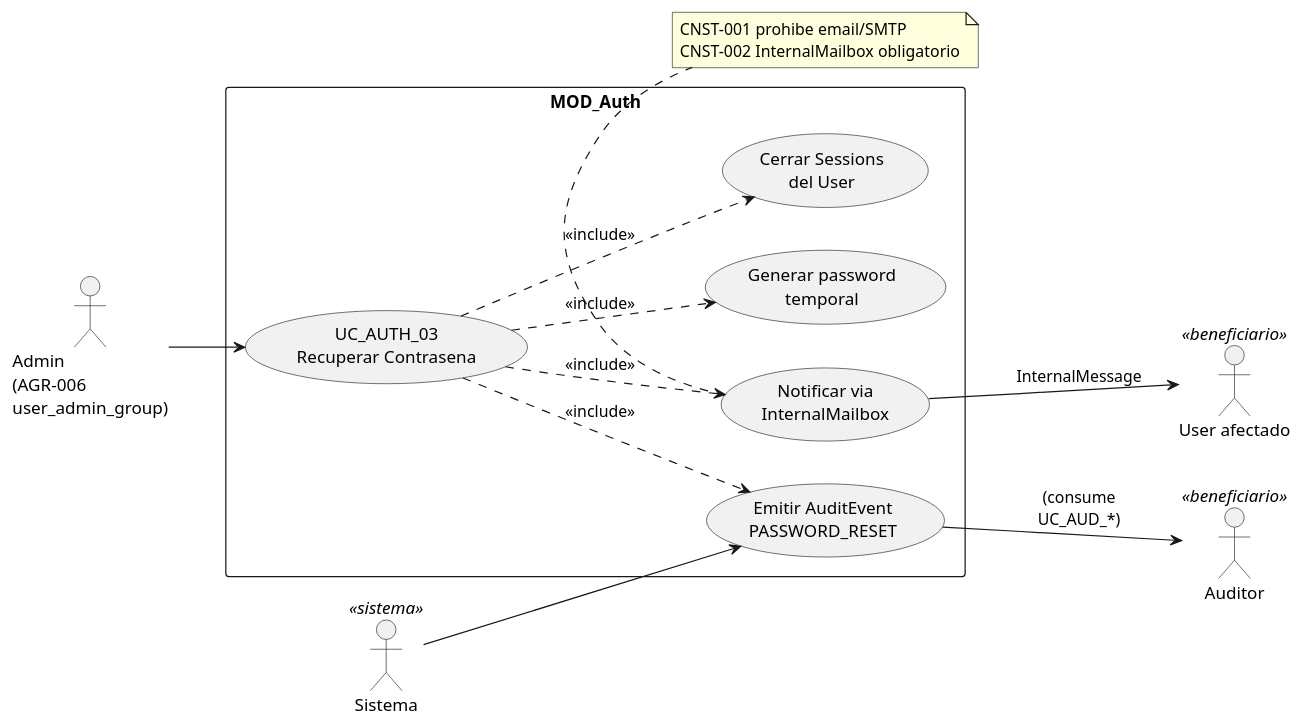
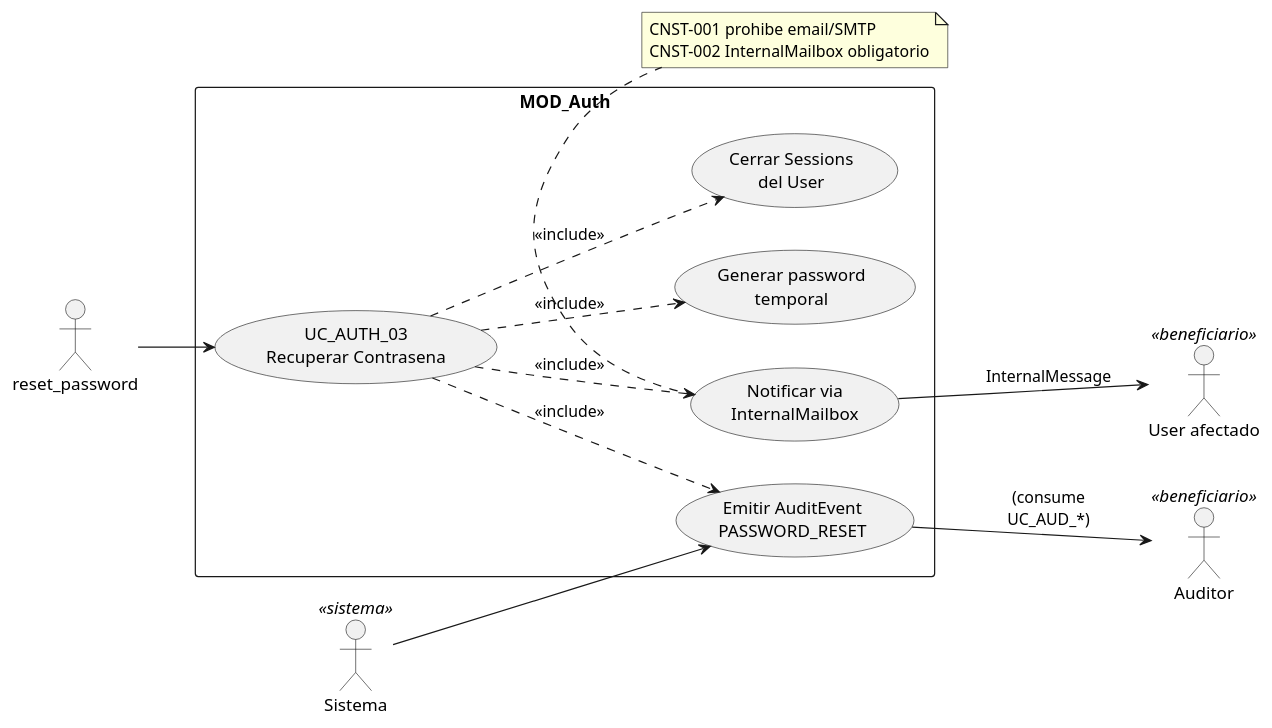
Before and after one commit to jcg-admin/IACT-docs: the first of 4 diagrams in source/requisitos/casos-uso/auth/uc-auth-03/diagramas-uml.rst, drawn with PlantUML. The commit also changed 77 other files, not shown here.

First line of the commit message:
Enforce RBAC function names as actors in all UML diagrams

```diff
--- a/source/requisitos/casos-uso/auth/uc-auth-03/diagramas-uml.rst
+++ b/source/requisitos/casos-uso/auth/uc-auth-03/diagramas-uml.rst
@@ -10,35 +10,35 @@
 .. uml::
  :caption: UC_AUTH_03 — actores y casos asociados
 
  @startuml
 
  left to right direction
 
- actor "Admin\n(AGR-006\nuser_admin_group)" as ADMIN
+ actor "reset_password" as ADMIN
  actor "User afectado" as USER <<beneficiario>>
  actor "Auditor" as AUD <<beneficiario>>
  actor "Sistema" as SYS <<sistema>>
 
  rectangle "MOD_Auth" {
    usecase "UC_AUTH_03\nRecuperar Contrasena" as UC03
    usecase "Generar password\ntemporal" as GEN
    usecase "Cerrar Sessions\ndel User" as CSE
    usecase "Notificar via\nInternalMailbox" as NOT
    usecase "Emitir AuditEvent\nPASSWORD_RESET" as EMI
  }
 
  ADMIN --> UC03
  UC03 ..> GEN : <<include>>
  UC03 ..> CSE : <<include>>
  UC03 ..> NOT : <<include>>
  UC03 ..> EMI : <<include>>
  NOT --> USER : InternalMessage
  SYS --> EMI
  EMI --> AUD : (consume\nUC_AUD_*)
 
  note bottom of NOT
    CNST-001 prohibe email/SMTP
    CNST-002 InternalMailbox obligatorio
  end note
 
  @enduml
```
